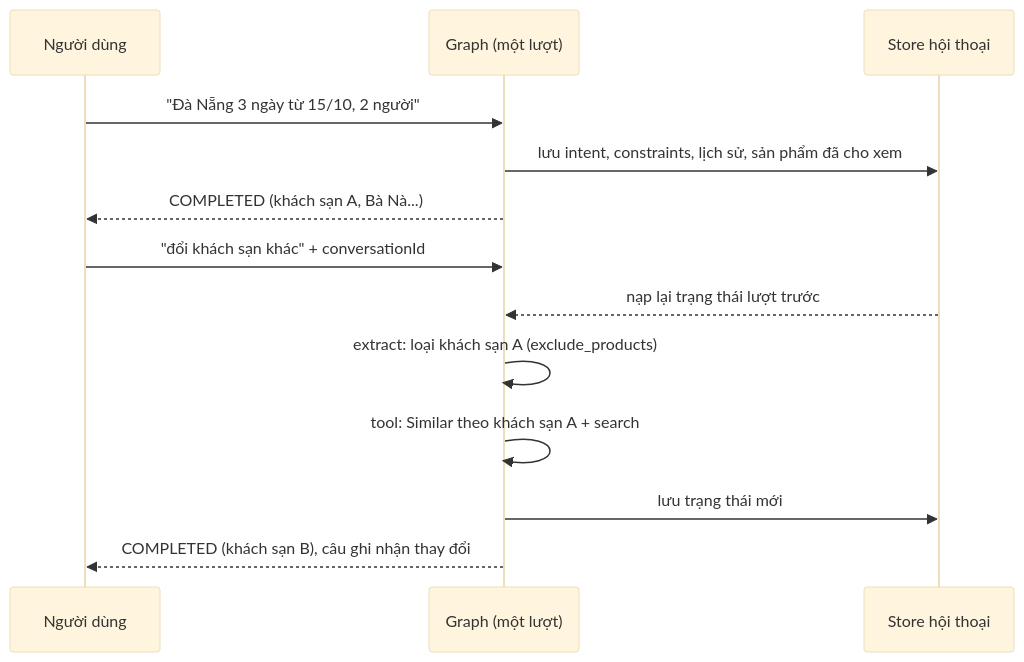
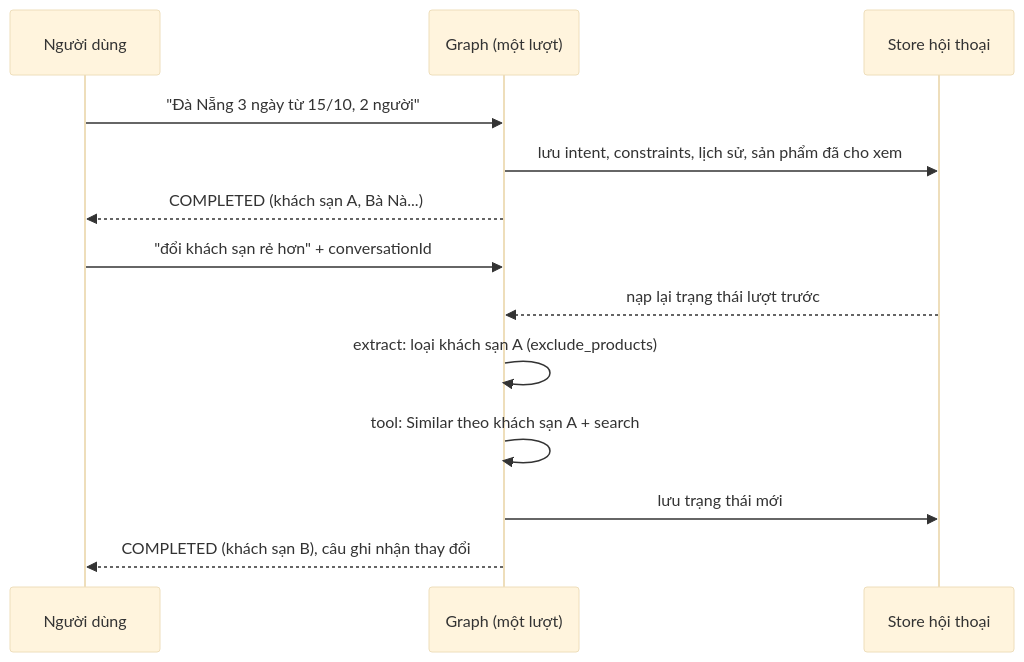
The first of 2 diagrams in docs/spec/agent/nghiep-vu/sua-lich-qua-nhieu-luot.md (NguyenNhat4/Travel-Recommend-System), drawn with Mermaid (base theme) before and after one commit. The commit also changed other lines of this file and 12 other files, not shown here.

Commit message:
docs(agent): cập nhật nghiệp vụ theo code 11/10 — trò chuyện và khám phá, tư vấn vé, đổi vé/khách sạn, lịch tham khảo (FR-AGT-06, FR-AGT-07)

````diff
--- a/docs/spec/agent/nghiep-vu/sua-lich-qua-nhieu-luot.md
+++ b/docs/spec/agent/nghiep-vu/sua-lich-qua-nhieu-luot.md
@@ -12,15 +13,15 @@
 ```mermaid
 sequenceDiagram
     participant U as Người dùng
     participant G as Graph (một lượt)
     participant S as Store hội thoại
     U->>G: "Đà Nẵng 3 ngày từ 15/10, 2 người"
     G->>S: lưu intent, constraints, lịch sử, sản phẩm đã cho xem
     G-->>U: COMPLETED (khách sạn A, Bà Nà...)
-    U->>G: "đổi khách sạn khác" + conversationId
+    U->>G: "đổi khách sạn rẻ hơn" + conversationId
     S-->>G: nạp lại trạng thái lượt trước
     G->>G: extract: loại khách sạn A (exclude_products)
     G->>G: tool: Similar theo khách sạn A + search
     G->>S: lưu trạng thái mới
     G-->>U: COMPLETED (khách sạn B), câu ghi nhận thay đổi
 ```
````
